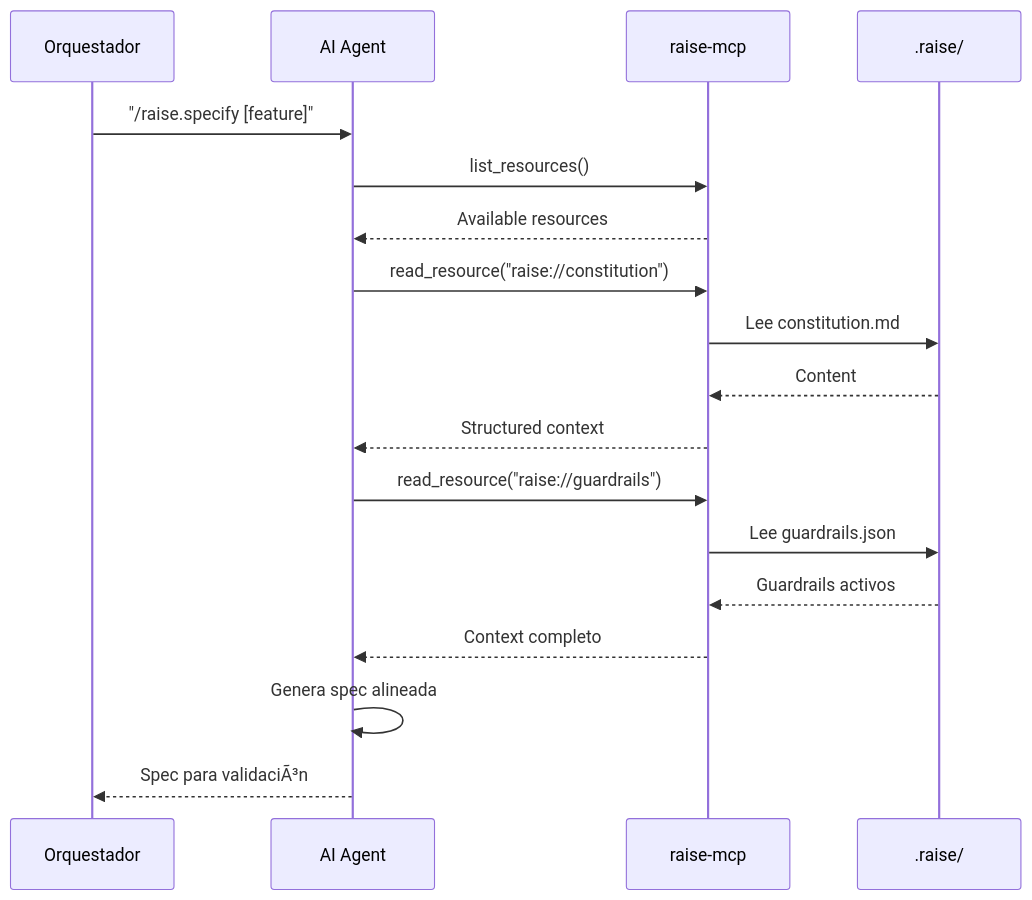
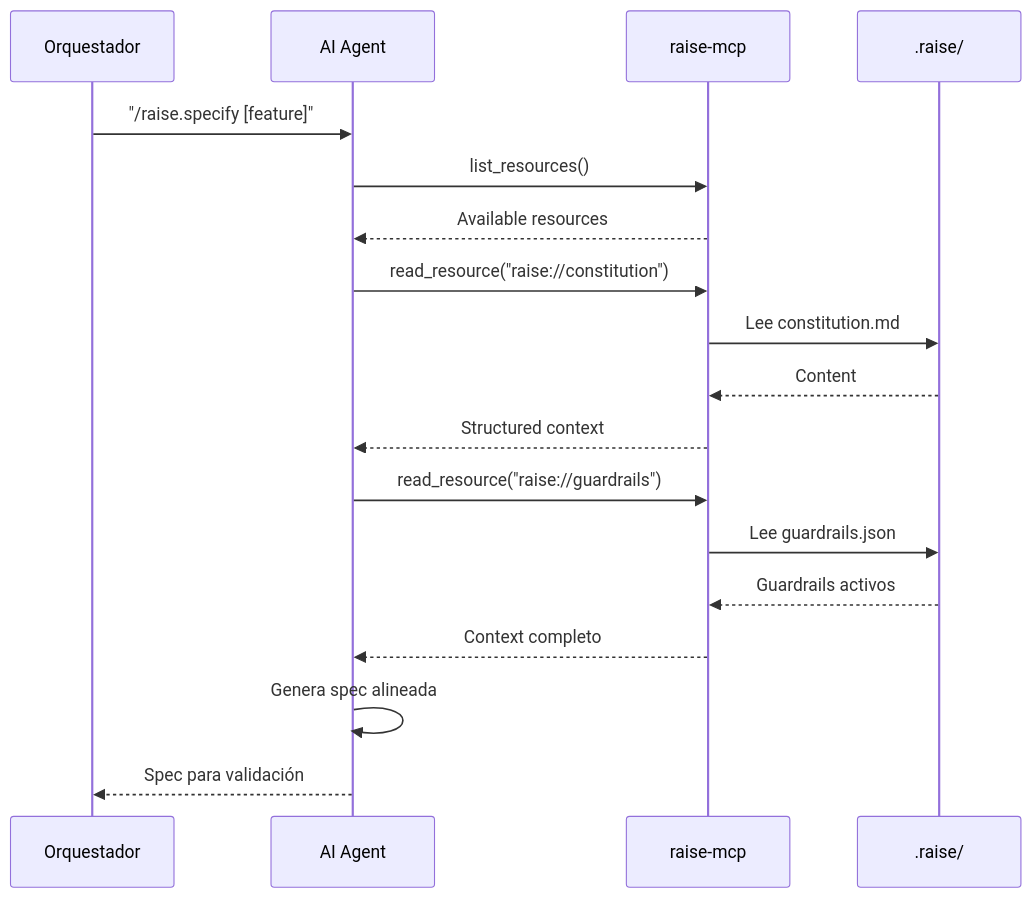
Before and after one commit to humansys/raise: the fifth of 7 diagrams in docs/framework/v2/10-system-architecture-v2.md, drawn with Mermaid. The commit also changed other lines of this file and 2 other files, not shown here.

````diff
--- a/docs/framework/v2/10-system-architecture-v2.md
+++ b/docs/framework/v2/10-system-architecture-v2.md
@@ -232,21 +232,21 @@
 ```mermaid
 sequenceDiagram
     participant O as Orquestador
     participant AI as AI Agent
     participant MCP as raise-mcp
     participant Local as .raise/
 
     O->>AI: "/raise.specify [feature]"
     AI->>MCP: list_resources()
     MCP-->>AI: Available resources
     AI->>MCP: read_resource("raise://constitution")
     MCP->>Local: Lee constitution.md
     Local-->>MCP: Content
     MCP-->>AI: Structured context
     AI->>MCP: read_resource("raise://guardrails")
     MCP->>Local: Lee guardrails.json
     Local-->>MCP: Guardrails activos
     MCP-->>AI: Context completo
     AI->>AI: Genera spec alineada
-    AI-->>O: Spec para validaciÃ³n
+    AI-->>O: Spec para validación
 ```
````
